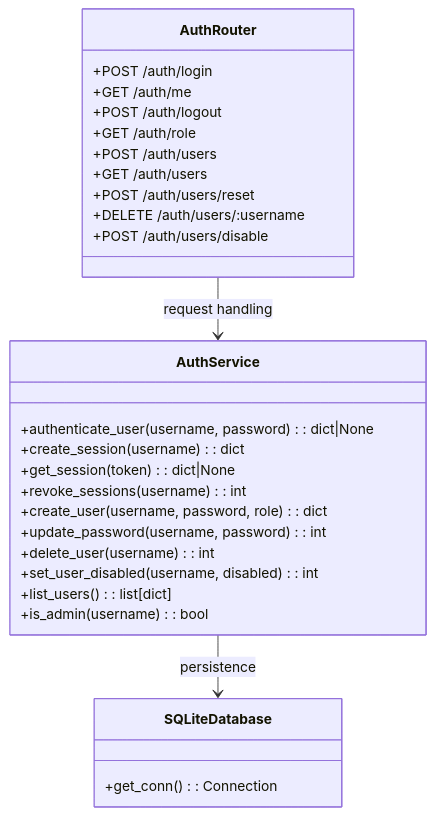
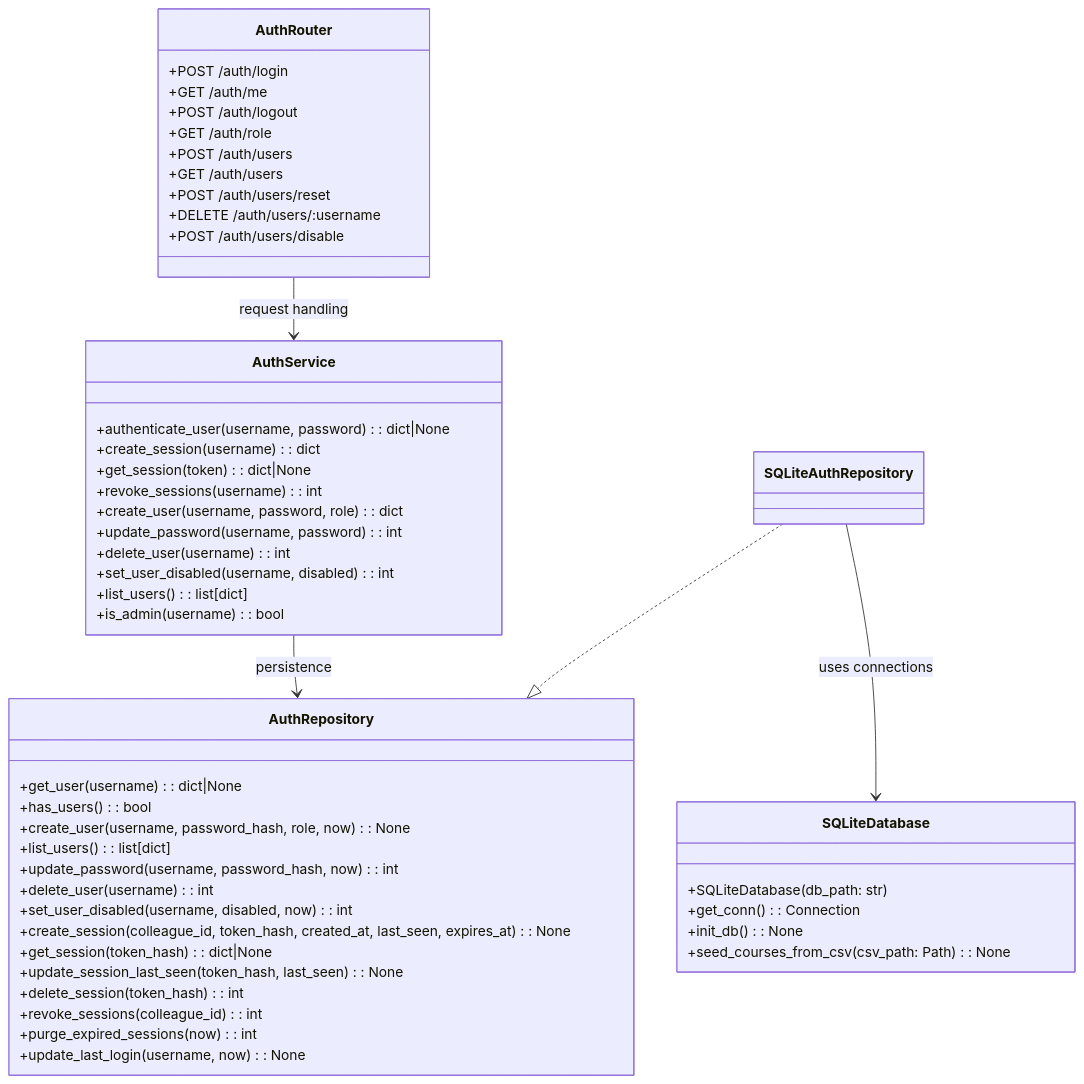
Before and after one commit to JustinMelger/Upstream: the third of 13 diagrams in docs/architecture.md, drawn with Mermaid. The commit also changed 10 other files, not shown here.

Commit message:
refactor(auth): add dependency injection, db interface + repository

````diff
--- a/docs/architecture.md
+++ b/docs/architecture.md
@@ -66,34 +66,59 @@
 ```mermaid
 classDiagram
   class AuthRouter {
     +POST /auth/login
     +GET /auth/me
     +POST /auth/logout
     +GET /auth/role
     +POST /auth/users
     +GET /auth/users
     +POST /auth/users/reset
     +DELETE /auth/users/:username
     +POST /auth/users/disable
   }
 
   class AuthService {
     +authenticate_user(username, password): dict|None
     +create_session(username): dict
     +get_session(token): dict|None
     +revoke_sessions(username): int
     +create_user(username, password, role): dict
     +update_password(username, password): int
     +delete_user(username): int
     +set_user_disabled(username, disabled): int
     +list_users(): list[dict]
     +is_admin(username): bool
   }
 
+  class AuthRepository {
+    +get_user(username): dict|None
+    +has_users(): bool
+    +create_user(username, password_hash, role, now): None
+    +list_users(): list[dict]
+    +update_password(username, password_hash, now): int
+    +delete_user(username): int
+    +set_user_disabled(username, disabled, now): int
+    +create_session(colleague_id, token_hash, created_at, last_seen, expires_at): None
+    +get_session(token_hash): dict|None
+    +update_session_last_seen(token_hash, last_seen): None
+    +delete_session(token_hash): int
+    +revoke_sessions(colleague_id): int
+    +purge_expired_sessions(now): int
+    +update_last_login(username, now): None
+  }
+
+  class SQLiteAuthRepository {
+  }
+
   class SQLiteDatabase {
+    +SQLiteDatabase(db_path: str)
     +get_conn(): Connection
+    +init_db(): None
+    +seed_courses_from_csv(csv_path: Path): None
   }
 
   AuthRouter --> AuthService : request handling
-  AuthService --> SQLiteDatabase : persistence
+  AuthService --> AuthRepository : persistence
+  SQLiteAuthRepository ..|> AuthRepository
+  SQLiteAuthRepository --> SQLiteDatabase : uses connections
 ```
````
